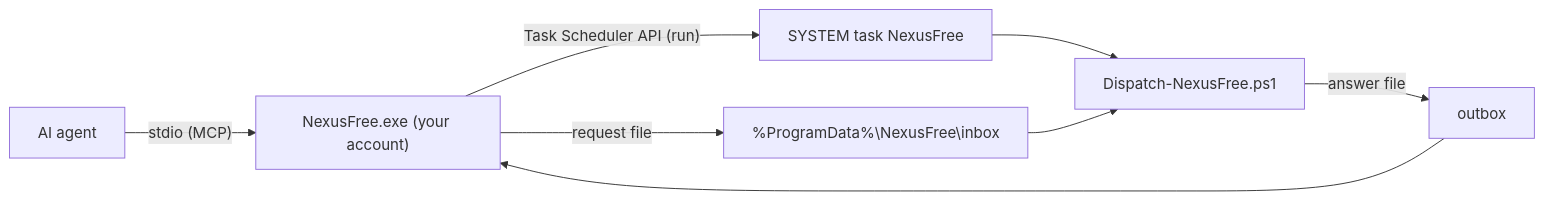
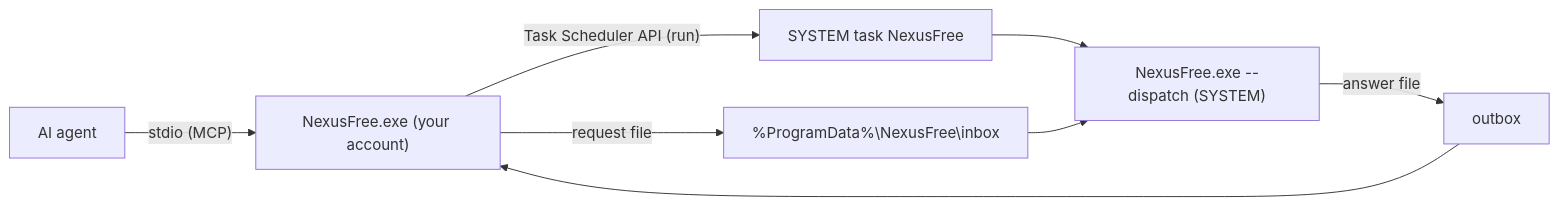
Before and after one commit to pironjulien/NexusFree: the diagram in README.md, drawn with Mermaid. The commit also changed other lines of this file and 13 other files, not shown here.

First line of the commit message:
Native SYSTEM dispatcher: NexusFree.exe --dispatch

````diff
--- a/README.md
+++ b/README.md
@@ -102,9 +102,9 @@
 ```mermaid
 flowchart LR
     A["AI agent"] -- "stdio (MCP)" --> E["NexusFree.exe (your account)"]
     E -- "request file" --> I["%ProgramData%\NexusFree\inbox"]
     E -- "Task Scheduler API (run)" --> T["SYSTEM task NexusFree"]
-    T --> D["Dispatch-NexusFree.ps1"]
+    T --> D["NexusFree.exe --dispatch (SYSTEM)"]
     I --> D
     D -- "answer file" --> O["outbox"] --> E
 ```
````
